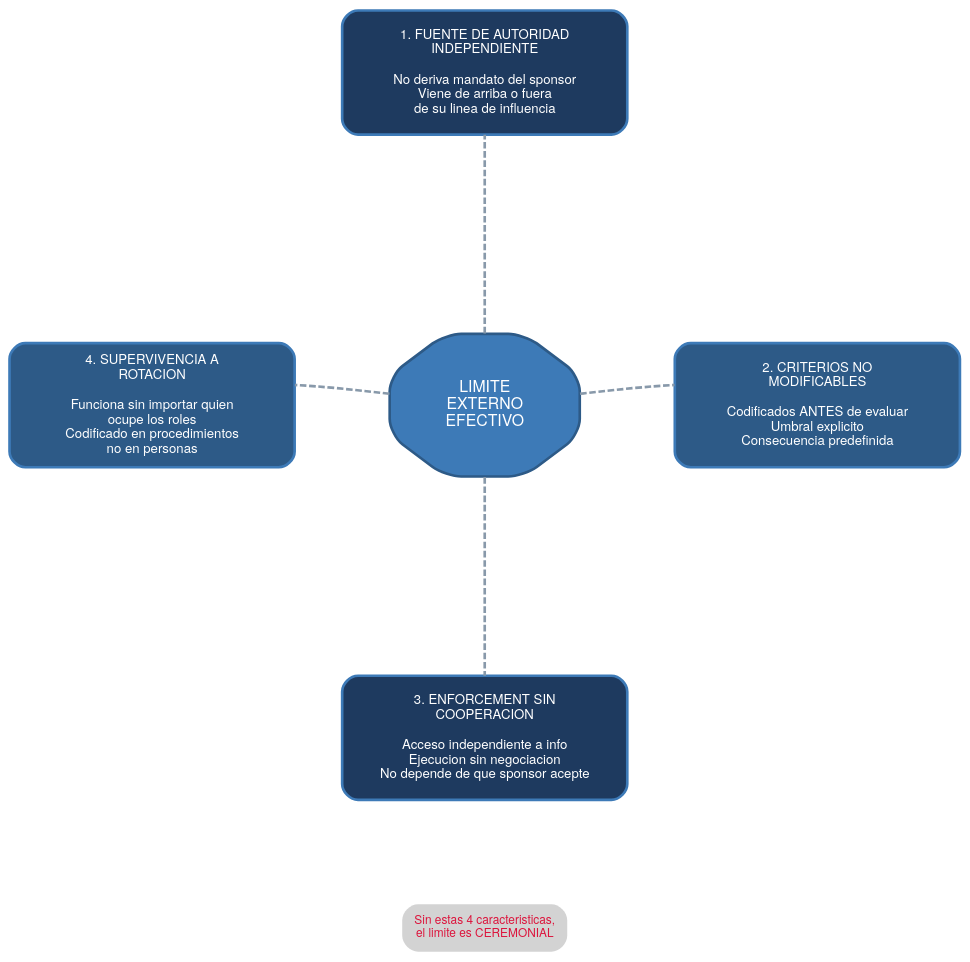
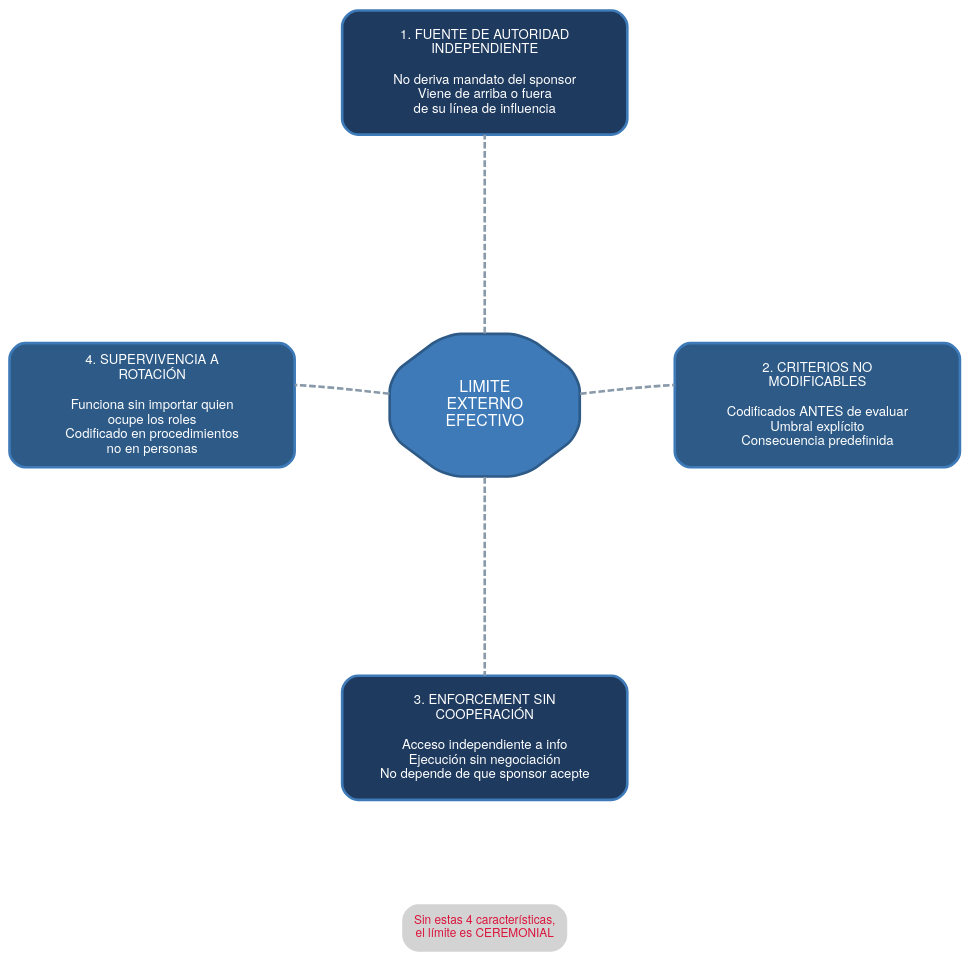
The diagram in assets/diagrams/B4-requisitos-limite.dot (gonzalezulises/mas-control-mas-caos), drawn with Graphviz before and after one commit. The commit also changed 2 other files, not shown here.

```diff
--- a/assets/diagrams/B4-requisitos-limite.dot
+++ b/assets/diagrams/B4-requisitos-limite.dot
@@ -1,61 +1,61 @@
 digraph RequisitosLimite {
     // Layout
     layout=neato;
     bgcolor="transparent";
     pad=0.5;
     splines=curved;
 
     // Estilo global - paleta portada
     node [
         shape=box,
         style="rounded,filled",
         fontname="Helvetica Neue",
         fontsize=10,
         fontcolor="#ffffff",
         penwidth=2
     ];
 
     edge [
         penwidth=2,
         color="#8899aa",
         style=dashed,
         arrowhead=none
     ];
 
     // Centro
     centro [label="LIMITE\nEXTERNO\nEFECTIVO",
             shape=octagon,
             fillcolor="#3d7ab7",
             color="#2d5a87",
             fontcolor="white",
             fontsize=12,
             width=2,
             height=1.5,
             pos="0,0!"];
 
     // 4 Requisitos en cruz
-    r1 [label="1. FUENTE DE AUTORIDAD\nINDEPENDIENTE\n\nNo deriva mandato del sponsor\nViene de arriba o fuera\nde su linea de influencia",
+    r1 [label="1. FUENTE DE AUTORIDAD\nINDEPENDIENTE\n\nNo deriva mandato del sponsor\nViene de arriba o fuera\nde su línea de influencia",
         fillcolor="#1e3a5f", color="#3d7ab7", width=3, height=1.3, pos="0,3.5!"];
 
-    r2 [label="2. CRITERIOS NO\nMODIFICABLES\n\nCodificados ANTES de evaluar\nUmbral explicito\nConsecuencia predefinida",
+    r2 [label="2. CRITERIOS NO\nMODIFICABLES\n\nCodificados ANTES de evaluar\nUmbral explícito\nConsecuencia predefinida",
         fillcolor="#2d5a87", color="#3d7ab7", width=3, height=1.3, pos="3.5,0!"];
 
-    r3 [label="3. ENFORCEMENT SIN\nCOOPERACION\n\nAcceso independiente a info\nEjecucion sin negociacion\nNo depende de que sponsor acepte",
+    r3 [label="3. ENFORCEMENT SIN\nCOOPERACIÓN\n\nAcceso independiente a info\nEjecución sin negociación\nNo depende de que sponsor acepte",
         fillcolor="#1e3a5f", color="#3d7ab7", width=3, height=1.3, pos="0,-3.5!"];
 
-    r4 [label="4. SUPERVIVENCIA A\nROTACION\n\nFunciona sin importar quien\nocupe los roles\nCodificado en procedimientos\nno en personas",
+    r4 [label="4. SUPERVIVENCIA A\nROTACIÓN\n\nFunciona sin importar quien\nocupe los roles\nCodificado en procedimientos\nno en personas",
         fillcolor="#2d5a87", color="#3d7ab7", width=3, height=1.3, pos="-3.5,0!"];
 
     // Conexiones
     centro -> r1;
     centro -> r2;
     centro -> r3;
     centro -> r4;
 
     // Nota
-    nota [label="Sin estas 4 caracteristicas,\nel limite es CEREMONIAL",
+    nota [label="Sin estas 4 características,\nel límite es CEREMONIAL",
           shape=plaintext,
           fontsize=9,
           fontcolor="#dc143c",
           pos="0,-5.5!"];
 }
```
